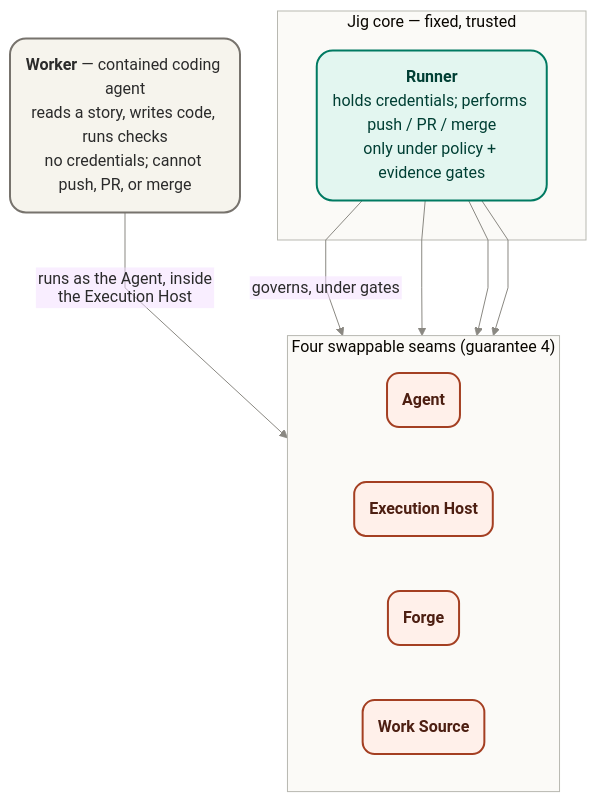
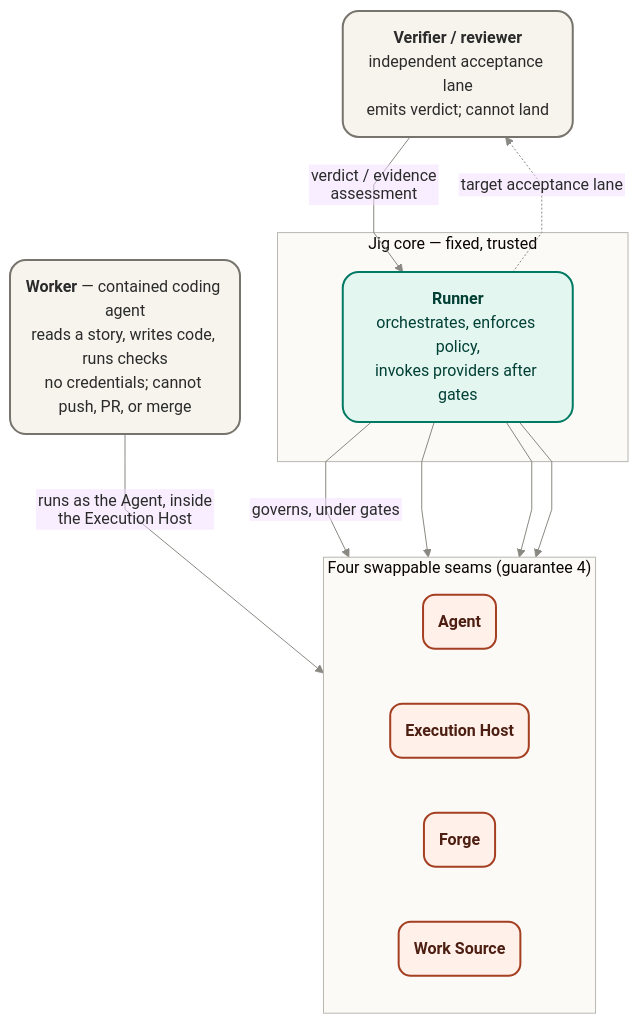
One commit to agentic-workflow-kit/jig changed the first of 2 diagrams in docs/product/concepts.md. Above: the diagram before and after it, drawn with Mermaid. The commit also changed other lines of this file and 12 other files, not shown here.

````diff
--- a/docs/product/concepts.md
+++ b/docs/product/concepts.md
@@ -90,47 +98,52 @@
 ```mermaid
 %%{init: {
   "theme": "base",
   "themeVariables": {
     "fontFamily": "Inter, Arial, sans-serif",
     "primaryTextColor": "#2b2b2b",
     "lineColor": "#8a8882",
     "clusterBkg": "#fbfaf7",
     "clusterBorder": "#b8b8b1",
     "clusterTextColor": "#2b2b2b"
   },
   "flowchart": { "htmlLabels": false, "curve": "linear", "nodeSpacing": 55, "rankSpacing": 55 }
 }}%%
 flowchart TB
 
   worker("`**Worker** — contained coding agent
 reads a story, writes code, runs checks
 no credentials; cannot push, PR, or merge`")
+  verifier("`**Verifier / reviewer**
+independent acceptance lane
+emits verdict; cannot land`")
 
   subgraph core["Jig core — fixed, trusted"]
     runner("`**Runner**
-holds credentials; performs push / PR / merge
-only under policy + evidence gates`")
+orchestrates, enforces policy,
+invokes providers after gates`")
   end
 
   subgraph seams["Four swappable seams (guarantee 4)"]
     direction LR
     agent("`**Agent**`")
     host("`**Execution Host**`")
     forge("`**Forge**`")
     source("`**Work Source**`")
   end
 
   worker -->|"runs as the Agent, inside the Execution Host"| agent
+  runner -.->|"target acceptance lane"| verifier
+  verifier -->|"verdict / evidence assessment"| runner
   runner -->|"governs, under gates"| agent
   runner --> host
   runner --> forge
   runner --> source
 
   classDef core fill:#e3f6f0,stroke:#007a62,stroke-width:2px,color:#003f34,rx:16,ry:16;
   classDef seam fill:#fff0ea,stroke:#a43f22,stroke-width:2px,color:#4d1f12,rx:12,ry:12;
   classDef contained fill:#f6f4ed,stroke:#77736d,stroke-width:2px,color:#2b2b2b,rx:16,ry:16;
 
   class runner core;
   class agent,host,forge,source seam;
-  class worker contained;
+  class worker,verifier contained;
 ```
````
